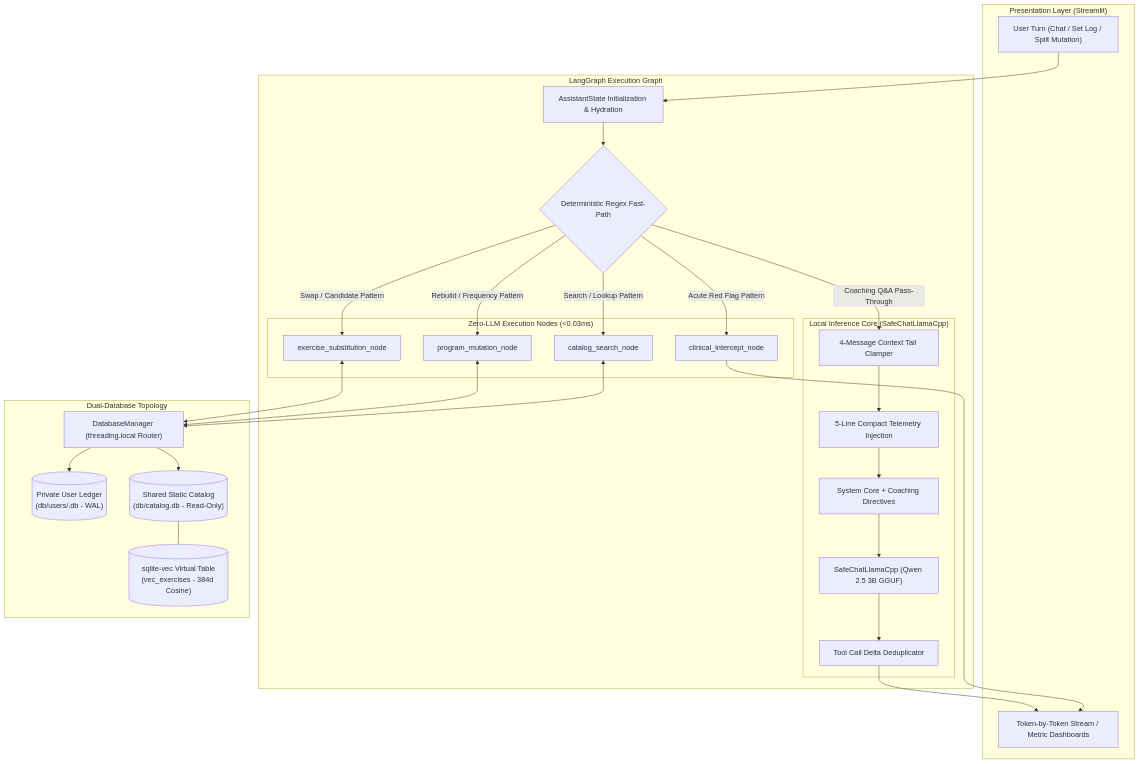
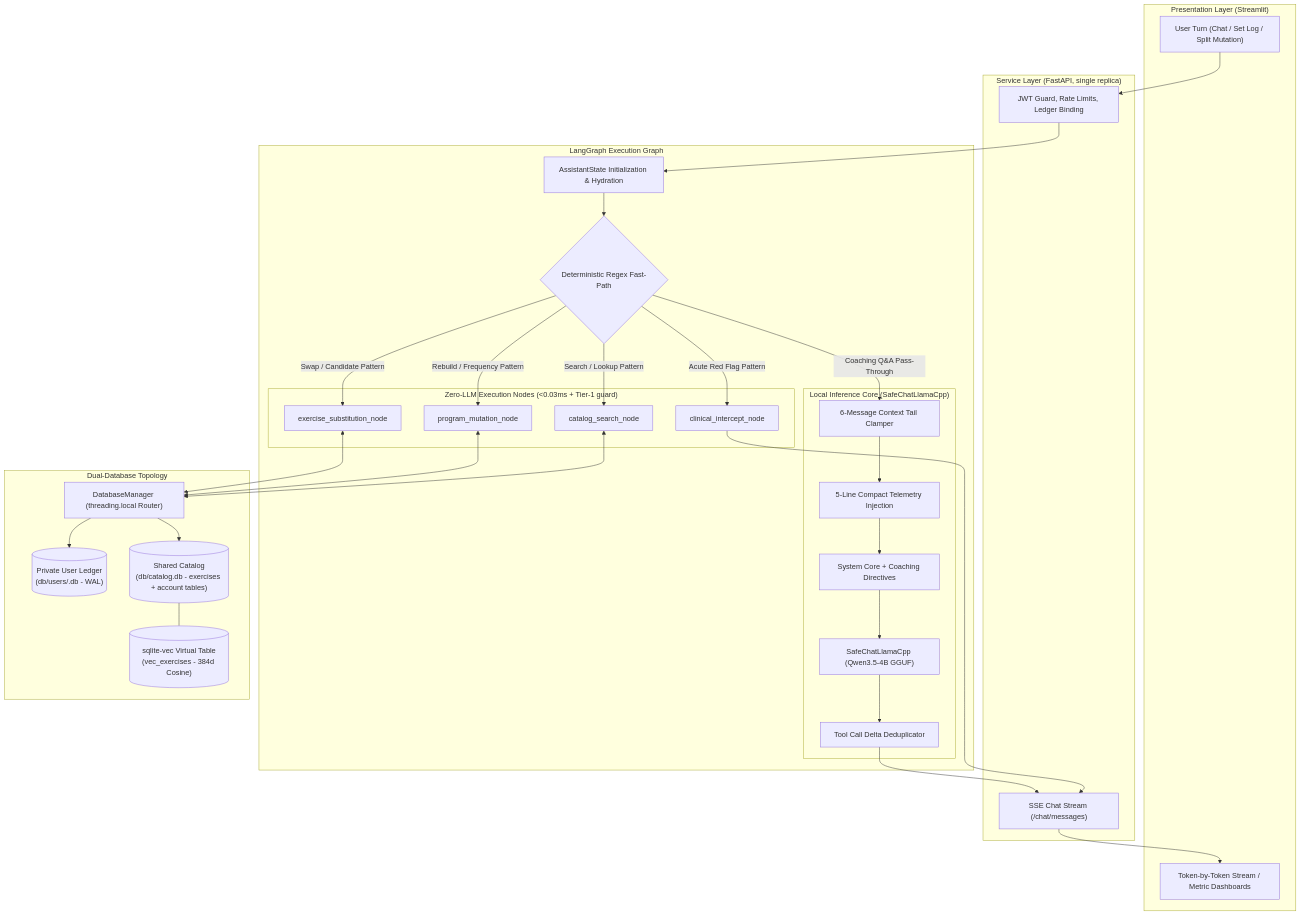
One commit to ahmedtvmer/MAYOS changed the first of 8 diagrams in docs/ARCHITECTURE.md. Above: the diagram before and after it, drawn with Mermaid. The commit also changed other lines of this file and 7 other files, not shown here.

````diff
--- a/docs/ARCHITECTURE.md
+++ b/docs/ARCHITECTURE.md
@@ -11,63 +11,70 @@
 ```mermaid
 flowchart TD
     subgraph UI_Layer ["Presentation Layer (Streamlit)"]
         UI_Input["User Turn (Chat / Set Log / Split Mutation)"]
         UI_Render["Token-by-Token Stream / Metric Dashboards"]
     end
 
+    subgraph Service_Layer ["Service Layer (FastAPI, single replica)"]
+        API_Auth["JWT Guard, Rate Limits, Ledger Binding"]
+        API_SSE["SSE Chat Stream (/chat/messages)"]
+    end
+
     subgraph LangGraph_Engine ["LangGraph Execution Graph"]
         State_Init["AssistantState Initialization & Hydration"]
         Fast_Router{"Deterministic Regex Fast-Path"}
-        
-        subgraph Deterministic_Nodes ["Zero-LLM Execution Nodes (<0.03ms)"]
+
+        subgraph Deterministic_Nodes ["Zero-LLM Execution Nodes (<0.03ms + Tier-1 guard)"]
             Node_Clinical["clinical_intercept_node"]
             Node_Sub["exercise_substitution_node"]
             Node_Mutation["program_mutation_node"]
             Node_Catalog["catalog_search_node"]
         end
 
         subgraph In_Process_LLM ["Local Inference Core (SafeChatLlamaCpp)"]
-            Context_Clamper["4-Message Context Tail Clamper"]
+            Context_Clamper["6-Message Context Tail Clamper"]
             Telemetry_Hydrator["5-Line Compact Telemetry Injection"]
             Prompt_Assembler["System Core + Coaching Directives"]
-            LLM_Stream["SafeChatLlamaCpp (Qwen 2.5 3B GGUF)"]
+            LLM_Stream["SafeChatLlamaCpp (Qwen3.5-4B GGUF)"]
             Chunk_Sanitizer["Tool Call Delta Deduplicator"]
         end
     end
 
     subgraph Storage_Layer ["Dual-Database Topology"]
         DBM["DatabaseManager (threading.local Router)"]
         User_WAL[("Private User Ledger\n(db/users/<id>.db - WAL)")]
-        Catalog_RO[("Shared Static Catalog\n(db/catalog.db - Read-Only)")]
+        Catalog_Shared[("Shared Catalog\n(db/catalog.db - exercises + account tables)")]
         Vec_Index[("sqlite-vec Virtual Table\n(vec_exercises - 384d Cosine)")]
     end
 
-    UI_Input --> State_Init
+    UI_Input --> API_Auth
+    API_Auth --> State_Init
     State_Init --> Fast_Router
 
     %% Deterministic Fast Paths
     Fast_Router -- "Acute Red Flag Pattern" --> Node_Clinical
     Fast_Router -- "Swap / Candidate Pattern" --> Node_Sub
     Fast_Router -- "Rebuild / Frequency Pattern" --> Node_Mutation
     Fast_Router -- "Search / Lookup Pattern" --> Node_Catalog
 
     %% Non-Deterministic Coaching Path
     Fast_Router -- "Coaching Q&A Pass-Through" --> Context_Clamper
 
     Context_Clamper --> Telemetry_Hydrator
     Telemetry_Hydrator --> Prompt_Assembler
     Prompt_Assembler --> LLM_Stream
     LLM_Stream --> Chunk_Sanitizer
-    Chunk_Sanitizer --> UI_Render
+    Chunk_Sanitizer --> API_SSE
+    API_SSE --> UI_Render
 
     %% Deterministic Node Storage Operations
-    Node_Clinical --> UI_Render
+    Node_Clinical --> API_SSE
     Node_Sub <--> DBM
     Node_Mutation <--> DBM
     Node_Catalog <--> DBM
 
     %% Database Routing
     DBM --> User_WAL
-    DBM --> Catalog_RO
-    Catalog_RO --- Vec_Index
+    DBM --> Catalog_Shared
+    Catalog_Shared --- Vec_Index
 ```
````
